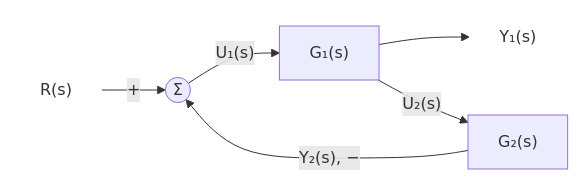
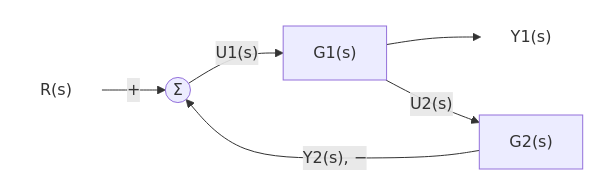
One commit to Choroning/25Fall_Neural-Network-Control-Systems changed the fifth of 15 diagrams in Lecture-Notes/Week05_Control-System-Modeling-II/Concepts_Lecture.md. Above: the diagram before and after it, drawn with Mermaid. The commit also changed other lines of this file and 25 other files, not shown here.

````diff
--- a/Lecture-Notes/Week05_Control-System-Modeling-II/Concepts_Lecture.md
+++ b/Lecture-Notes/Week05_Control-System-Modeling-II/Concepts_Lecture.md
@@ -644,10 +646,10 @@
 ```mermaid
 flowchart LR
-  R["R(s)"] -->|"+"| S(("Σ"))
-  S -->|"U₁(s)"| G1["G₁(s)"]
-  G1 --> Y1["Y₁(s)"]
-  G1 -->|"U₂(s)"| G2["G₂(s)"]
-  G2 -->|"Y₂(s), −"| S
+  R["R(s)"] -->|"#43;"| S(("Σ"))
+  S -->|"U1(s)"| G1["G1(s)"]
+  G1 --> Y1["Y1(s)"]
+  G1 -->|"U2(s)"| G2["G2(s)"]
+  G2 -->|"Y2(s), −"| S
   classDef sig fill:none,stroke:none;
   class R,Y1 sig;
 ```
````
